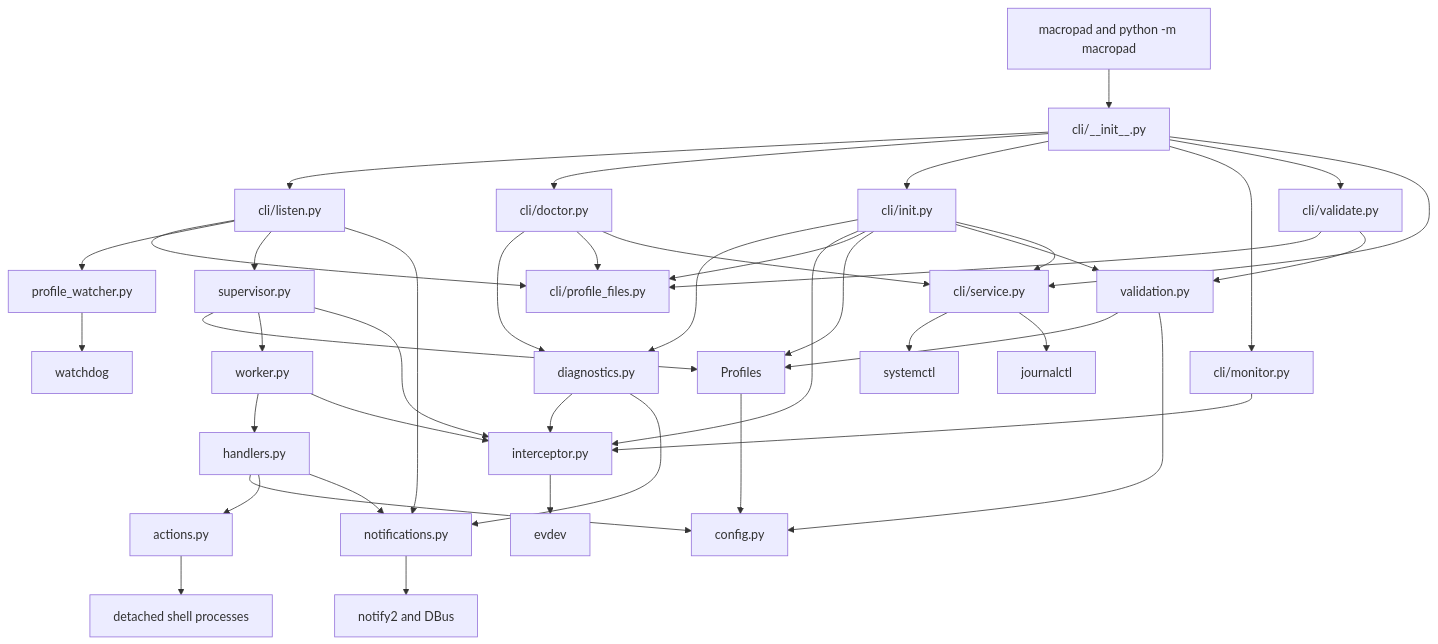
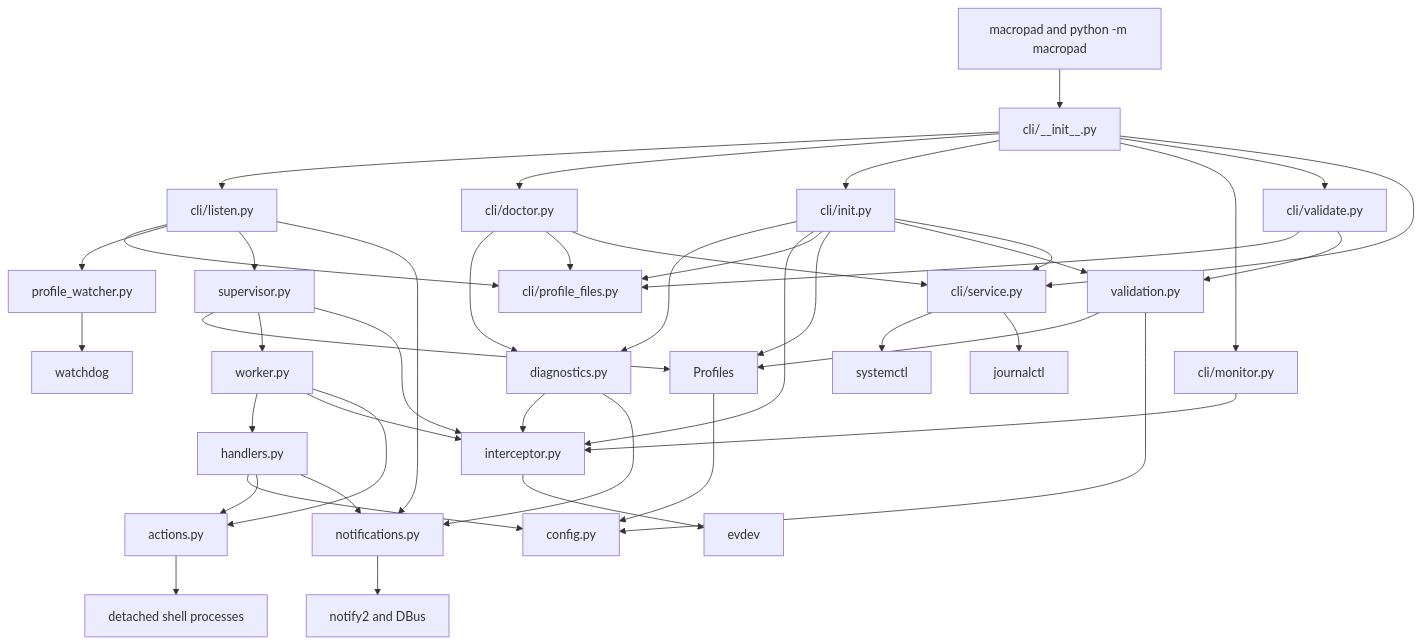
Before and after one commit to rafaelglikis/macropad: the first of 3 diagrams in src/macropad/README.md, drawn with Mermaid. The commit also changed other lines of this file and 18 other files, not shown here.

````diff
--- a/src/macropad/README.md
+++ b/src/macropad/README.md
@@ -39,55 +39,56 @@
 ```mermaid
 flowchart TD
     Entrypoints[macropad and python -m macropad] --> CLI[cli/__init__.py]
     CLI --> Listen[cli/listen.py]
     CLI --> Doctor[cli/doctor.py]
     CLI --> Init[cli/init.py]
     CLI --> Monitor[cli/monitor.py]
     CLI --> ValidateCommand[cli/validate.py]
     CLI --> Service[cli/service.py]
 
     Listen --> ProfileFiles[cli/profile_files.py]
     Listen --> ProfileWatcher[profile_watcher.py]
     Listen --> Supervisor[supervisor.py]
     Listen --> Notifications[notifications.py]
 
     Doctor --> Diagnostics[diagnostics.py]
     Doctor --> ProfileFiles
     Doctor --> Service
     Diagnostics --> Interceptor[interceptor.py]
     Diagnostics --> Notifications
 
     Init --> Diagnostics
     Init --> Interceptor
     Init --> ProfileFiles
     Init --> Profiles
     Init --> Validation
     Init --> Service
 
     Monitor --> Interceptor
 
     ValidateCommand --> ProfileFiles
     ValidateCommand --> Validation[validation.py]
 
     Supervisor --> Profiles
     Supervisor --> Worker[worker.py]
     Supervisor --> Interceptor
 
     Validation --> Profiles
     Validation --> Config
     Profiles --> Config[config.py]
     ProfileWatcher --> Watchdog[watchdog]
     Service --> Systemd[systemctl]
     Service --> Journal[journalctl]
 
     Worker --> Handler[handlers.py]
     Worker --> Interceptor
+    Worker --> Actions
 
     Handler --> Config
     Handler --> Actions[actions.py]
     Handler --> Notifications
 
     Interceptor --> Evdev[evdev]
     Actions --> Shell[detached shell processes]
     Notifications --> Notify2[notify2 and DBus]
 ```
````
